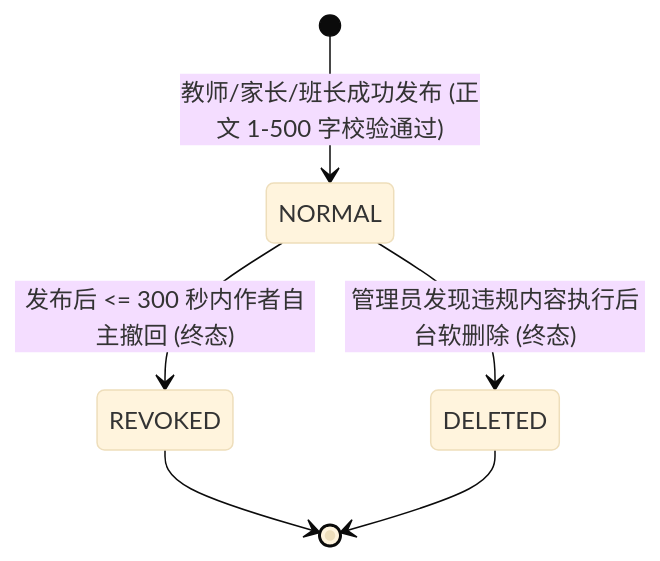
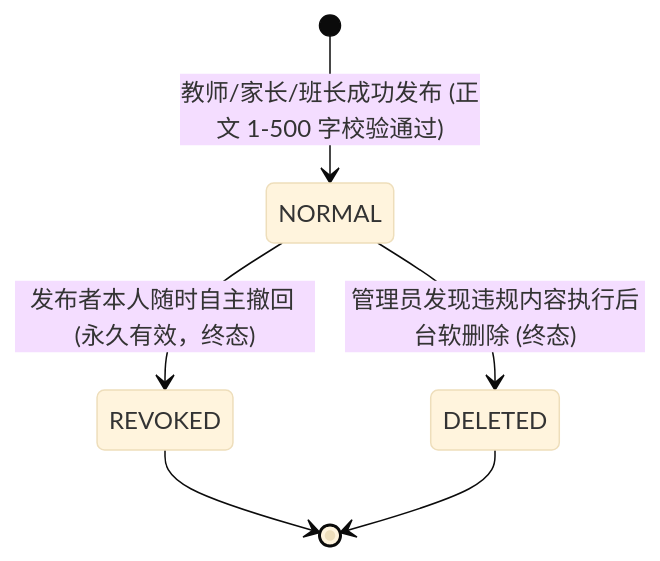
Before and after one commit to Onezao/dream: the second of 2 diagrams in docs/prd/m1d_profile_messages.md, drawn with Mermaid (base theme). The commit also changed other lines of this file and 37 other files, not shown here.

````diff
--- a/docs/prd/m1d_profile_messages.md
+++ b/docs/prd/m1d_profile_messages.md
@@ -144,8 +144,8 @@
 ```mermaid
 stateDiagram-v2
     [*] --> NORMAL: 教师/家长/班长成功发布 (正文 1-500 字校验通过)
-    NORMAL --> REVOKED: 发布后 <= 300 秒内作者自主撤回 (终态)
+    NORMAL --> REVOKED: 发布者本人随时自主撤回 (永久有效，终态)
     NORMAL --> DELETED: 管理员发现违规内容执行后台软删除 (终态)
     REVOKED --> [*]
     DELETED --> [*]
 ```
````
